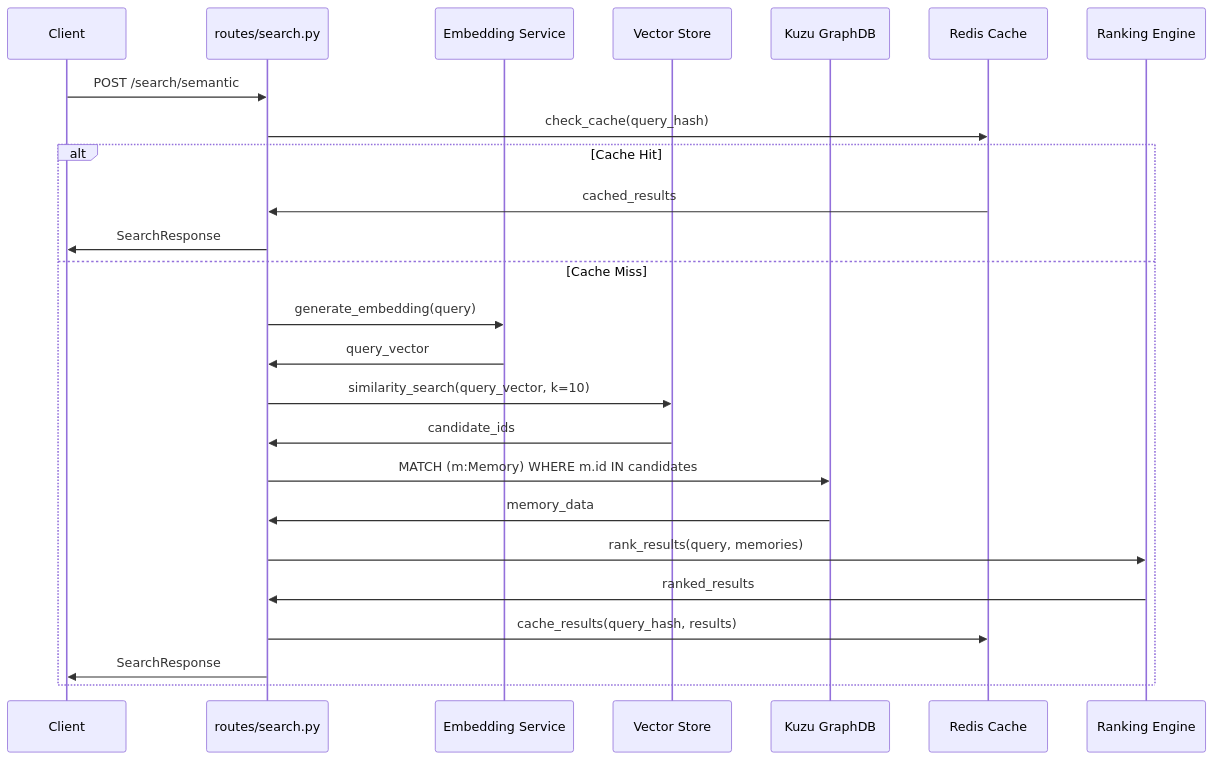
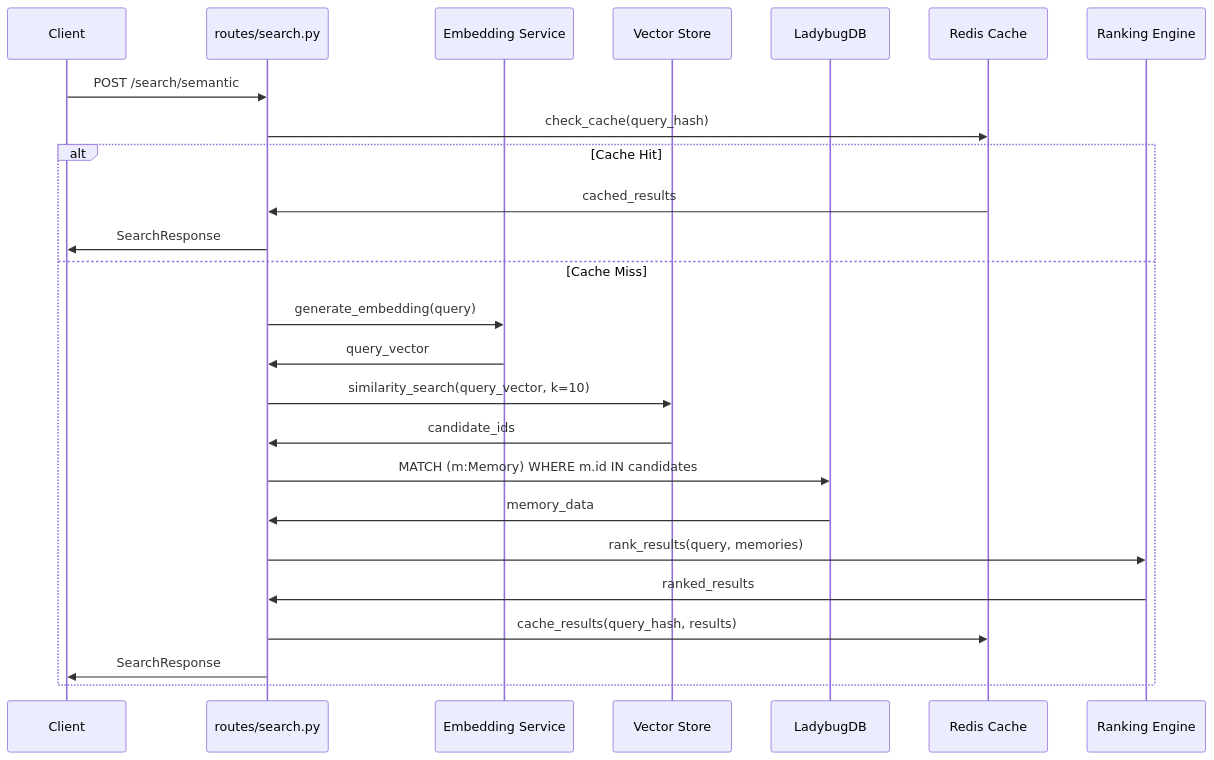
The third of 13 diagrams in docs/architecture/CODE_PATHS.md (elementalcollision/GraphMemory-IDE), drawn with Mermaid before and after one commit. The commit also changed other lines of this file and 120 other files, not shown here.

First line of the commit message:
Kuzu → LadybugDB migration (Phases 0–9 + follow-up) (#4)

````diff
--- a/docs/architecture/CODE_PATHS.md
+++ b/docs/architecture/CODE_PATHS.md
@@ -173,33 +173,33 @@
 ```mermaid
 sequenceDiagram
     participant Client
     participant Routes as routes/search.py
     participant Embed as Embedding Service
     participant Vector as Vector Store
-    participant Kuzu as Kuzu GraphDB
+    participant LadybugDB as LadybugDB
     participant Cache as Redis Cache
     participant Rank as Ranking Engine
     
     Client->>Routes: POST /search/semantic
     
     Routes->>Cache: check_cache(query_hash)
     alt Cache Hit
         Cache->>Routes: cached_results
         Routes->>Client: SearchResponse
     else Cache Miss
         Routes->>Embed: generate_embedding(query)
         Embed->>Routes: query_vector
         
         Routes->>Vector: similarity_search(query_vector, k=10)
         Vector->>Routes: candidate_ids
         
-        Routes->>Kuzu: MATCH (m:Memory) WHERE m.id IN candidates
-        Kuzu->>Routes: memory_data
+        Routes->>LadybugDB: MATCH (m:Memory) WHERE m.id IN candidates
+        LadybugDB->>Routes: memory_data
         
         Routes->>Rank: rank_results(query, memories)
         Rank->>Routes: ranked_results
         
         Routes->>Cache: cache_results(query_hash, results)
         Routes->>Client: SearchResponse
     end
 ```
````
